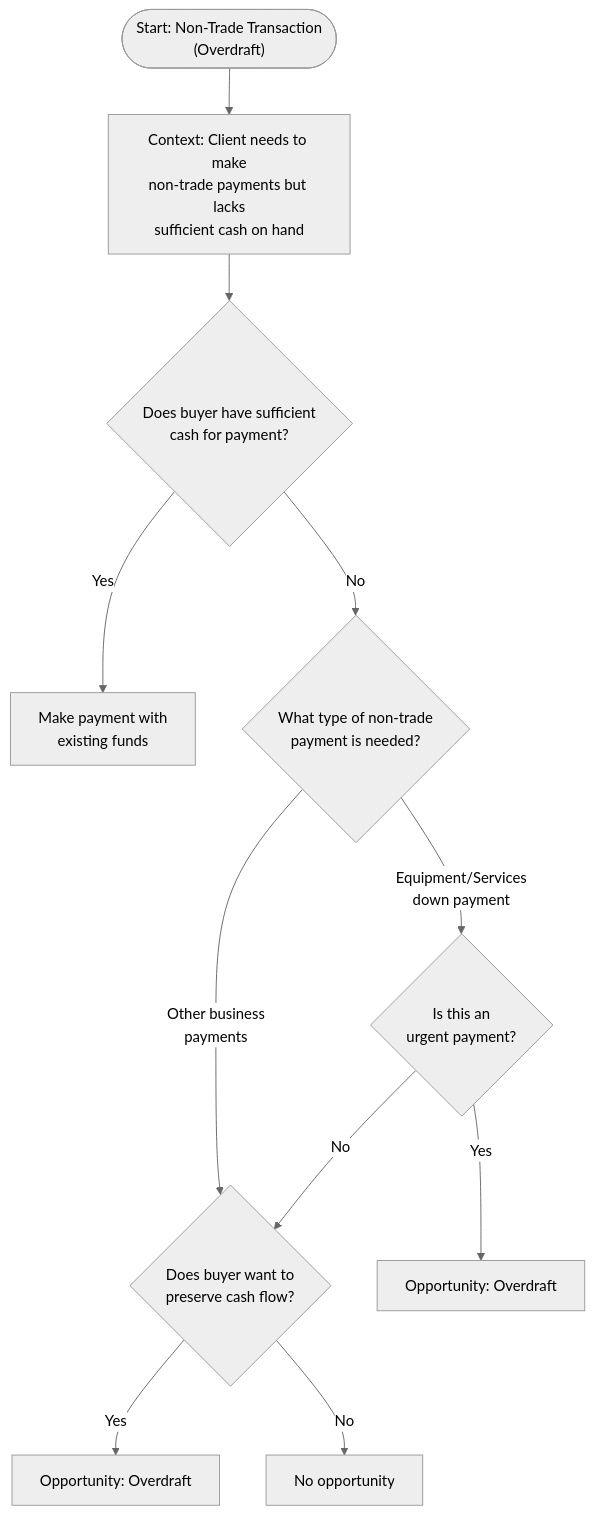
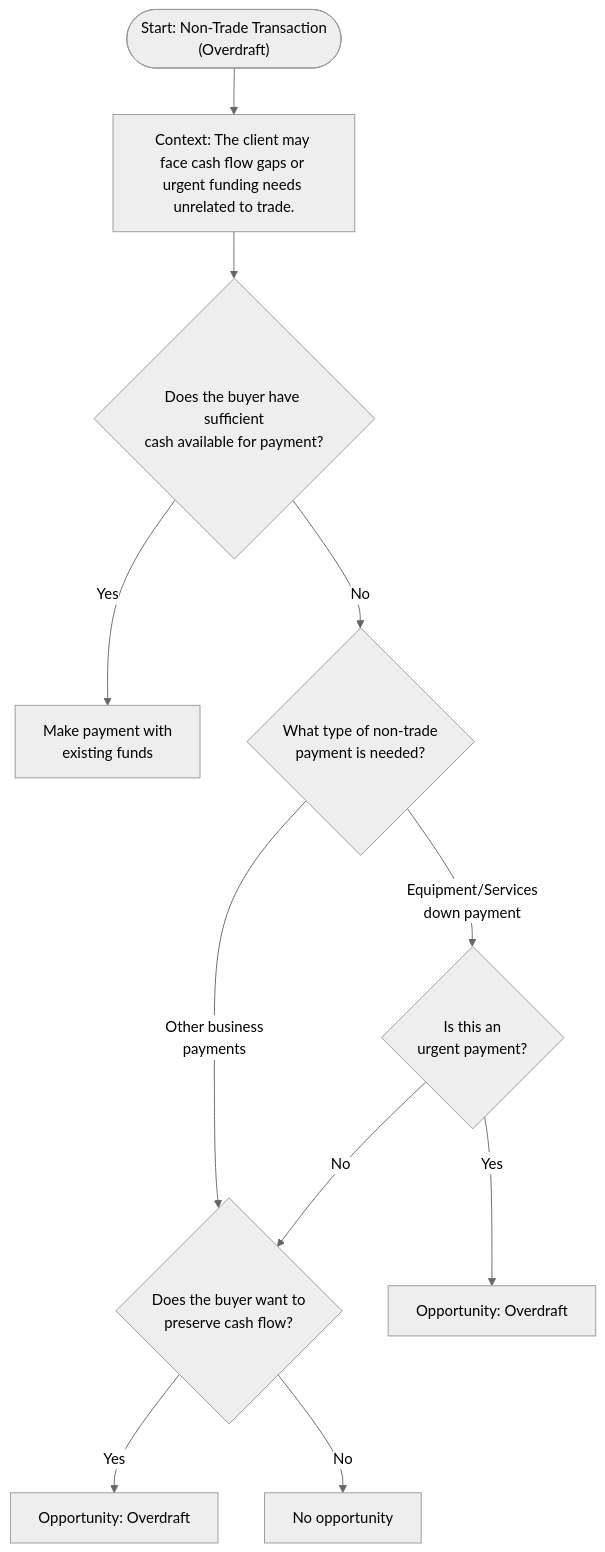
Before and after one commit to sage-develop/why: the diagram in tvc_decision_trees/loan_non_trade_tree.md/overdraft_tree.md, drawn with Mermaid (neutral theme). The commit also changed 1 other file, not shown here.

Commit message:
fix overdraft context and add alternative

````diff
--- a/tvc_decision_trees/loan_non_trade_tree.md/overdraft_tree.md
+++ b/tvc_decision_trees/loan_non_trade_tree.md/overdraft_tree.md
@@ -25,13 +25,13 @@
 ```mermaid
 flowchart TD
-   Start(["Start: Non-Trade Transaction<br>(Overdraft)"]) --> Context["Context: Client needs to make<br>non-trade payments but lacks<br>sufficient cash on hand"]
-   Context --> Q1{"Does buyer have sufficient<br>cash for payment?"}
+   Start(["Start: Non-Trade Transaction<br>(Overdraft)"]) --> Context["Context: The client may face cash flow gaps or urgent funding needs unrelated to trade."]
+   Context --> Q1{"Does the buyer have sufficient<br>cash available for payment?"}
    Q1 -- Yes --> End1["Make payment with<br>existing funds"]
    Q1 -- No --> Q2{"What type of non-trade<br>payment is needed?"}
    Q2 -- Equipment/Services<br>down payment --> Q3{"Is this an<br>urgent payment?"}
-   Q2 -- Other business<br>payments --> Q4{"Does buyer want to<br>preserve cash flow?"}
+   Q2 -- Other business<br>payments --> Q4{"Does the buyer want to<br>preserve cash flow?"}
    Q3 -- Yes --> P1["Opportunity: Overdraft"]
    Q3 -- No --> Q4
    Q4 -- Yes --> P2["Opportunity: Overdraft"]
    Q4 -- No --> End2["No opportunity"]
 ```
````
